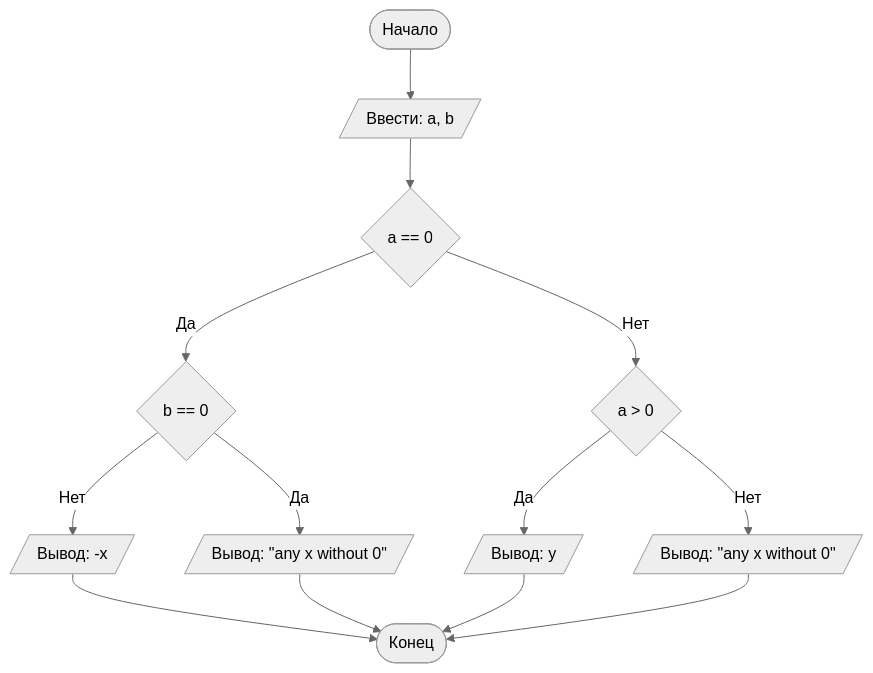
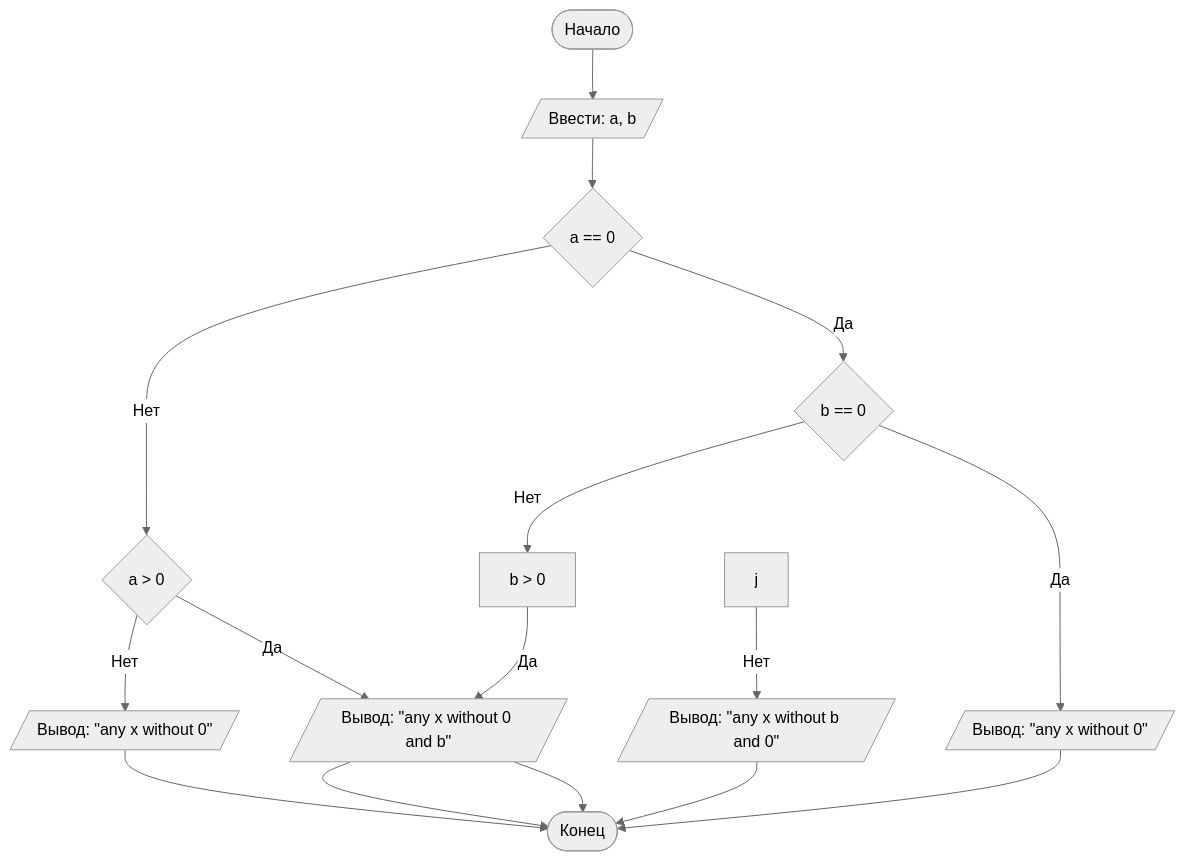
One commit to Egormodanov/1labwork- changed the diagram in README.md. Above: the diagram before and after it, drawn with Mermaid (neutral theme).

````diff
--- a/README.md
+++ b/README.md
@@ -2,16 +2,19 @@
 ```mermaid
 graph TD
     A([Начало]) --> B[/Ввести: a, b/]
     B --> C{a == 0}
     C -- Нет --> D{a > 0}
     D -- Нет --> E[/Вывод: "any x without 0"/]
     D -- Да --> H[/Вывод: y/]
     C -- Да --> I{b == 0}
-    I -- Нет --> J[/Вывод: -x/]
+    I -- Нет --> J[b > 0]
     I -- Да --> K[/Вывод: "any x without 0"/]
-    J --> Z
+    J -- Да --> H[/Вывод: "any x without 0 and b"/]
+    j -- Нет --> V[/Вывод: "any x without b and 0"/]
+    V --> Z
+    H --> Z
     K --> Z
     H --> Z
     E --> Z([Конец])
 
 ```
````
